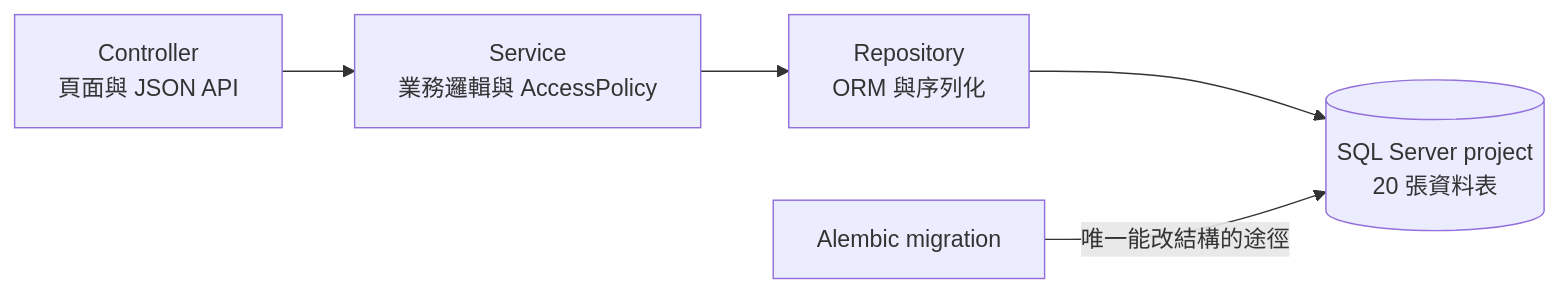
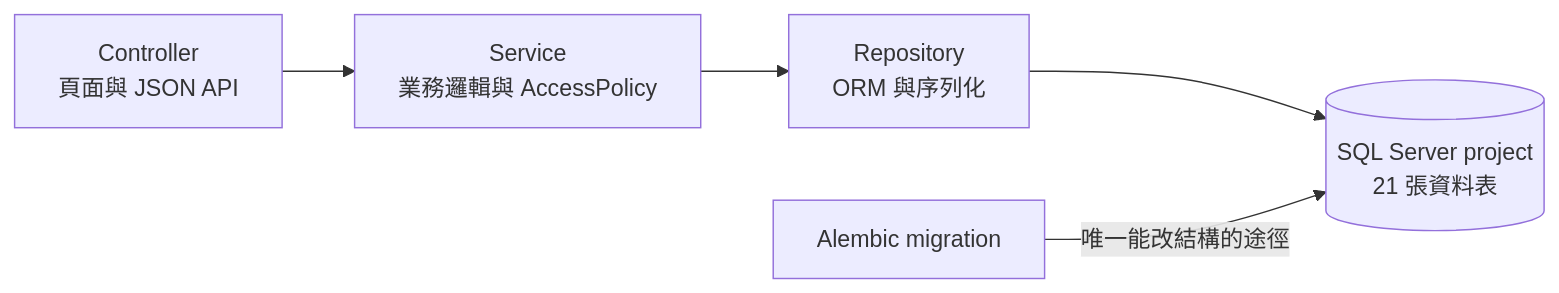
Before and after one commit to pp466pp466/R.A.C: the tenth of 11 diagrams in docs/project資料結構文件.md, drawn with Mermaid. The commit also changed other lines of this file and 14 other files, not shown here.

````diff
--- a/docs/project資料結構文件.md
+++ b/docs/project資料結構文件.md
@@ -1443,7 +1506,7 @@
 ```mermaid
 flowchart LR
     Ctl["Controller<br/>頁面與 JSON API"] --> Svc["Service<br/>業務邏輯與 AccessPolicy"]
     Svc --> Repo["Repository<br/>ORM 與序列化"]
-    Repo --> Db[("SQL Server project<br/>20 張資料表")]
+    Repo --> Db[("SQL Server project<br/>21 張資料表")]
     Mig["Alembic migration"] -->|"唯一能改結構的途徑"| Db
 ```
````
